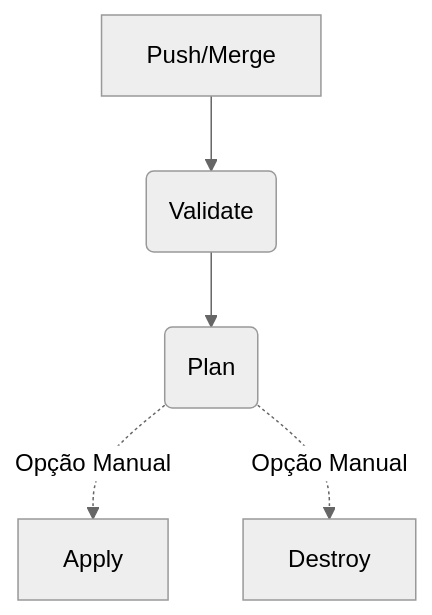
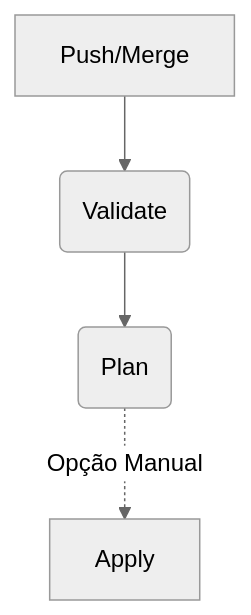
One commit to lucascosm3/terraform-foundation-for-teaching changed the diagram in README.md. Above: the diagram before and after it, drawn with Mermaid (neutral theme). The commit also changed other lines of this file and 2 other files, not shown here.

Commit message:
refactor: move infrastructure destroy jobs from CI/CD pipelines to a dedicated cleanup workflow

````diff
--- a/README.md
+++ b/README.md
@@ -82,7 +82,6 @@
 ```mermaid
 graph TD
     A[Push/Merge] --> B(Validate)
     B --> C(Plan)
     C -.->|Opção Manual| D[Apply]
-    C -.->|Opção Manual| E[Destroy]
 ```
````
